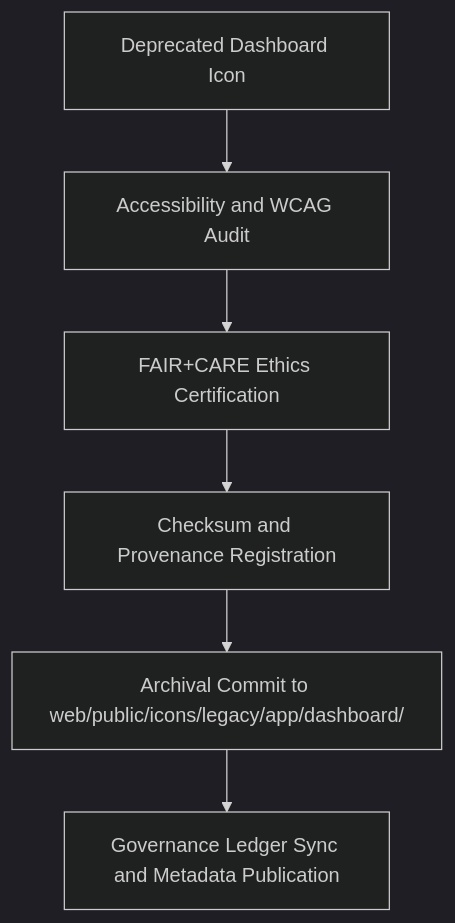
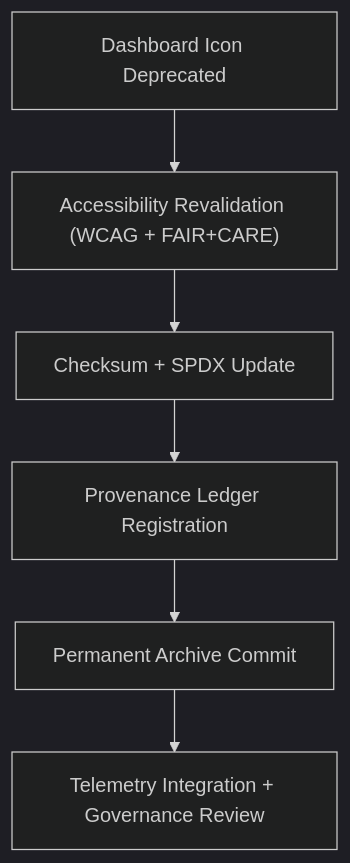
The diagram in web/public/icons/legacy/app/dashboard/README.md (bartytime4life/Kansas-Frontier-Matrix), drawn with Mermaid (dark theme) before and after one commit. The commit also changed other lines of this file, not shown here.

````diff
--- a/web/public/icons/legacy/app/dashboard/README.md
+++ b/web/public/icons/legacy/app/dashboard/README.md
@@ -64,8 +55,8 @@
 ```mermaid
 flowchart TD
-    A["Deprecated Dashboard Icon"] --> B["Accessibility and WCAG Audit"]
-    B --> C["FAIR+CARE Ethics Certification"]
-    C --> D["Checksum and Provenance Registration"]
-    D --> E["Archival Commit to web/public/icons/legacy/app/dashboard/"]
-    E --> F["Governance Ledger Sync and Metadata Publication"]
+A["Dashboard Icon Deprecated"] --> B["Accessibility Revalidation (WCAG + FAIR+CARE)"]
+B --> C["Checksum + SPDX Update"]
+C --> D["Provenance Ledger Registration"]
+D --> E["Permanent Archive Commit"]
+E --> F["Telemetry Integration + Governance Review"]
 ```
````
